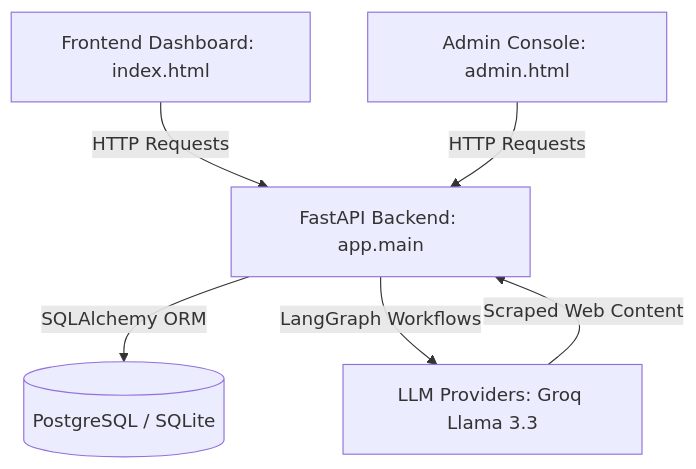
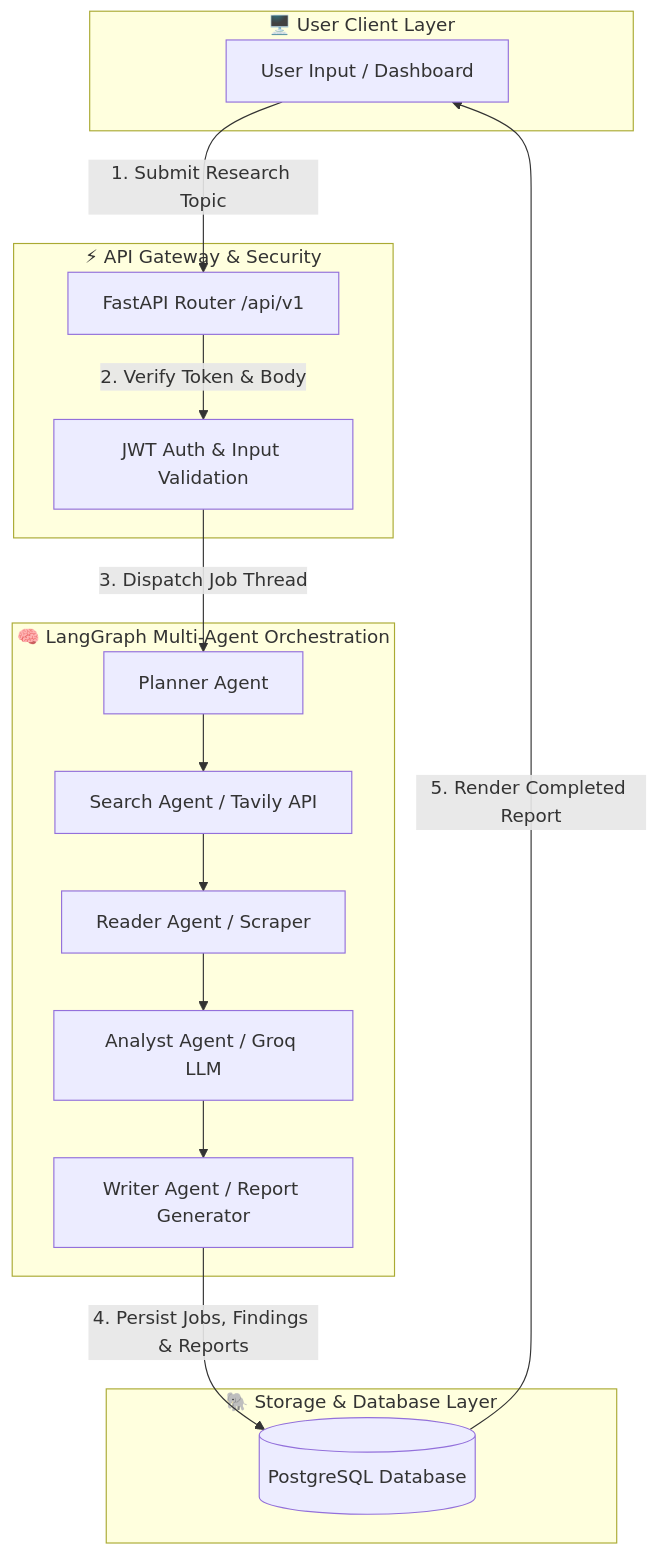
One commit to saimhaske36/autonomous-research-agent changed the diagram in README.md. Above: the diagram before and after it, drawn with Mermaid. The commit also changed other lines of this file, not shown here.

Commit message:
Update README.md with enhanced architecture flowchart and clean environment configuration

````diff
--- a/README.md
+++ b/README.md
@@ -43,8 +49,28 @@
 ```mermaid
-graph TD
-    A[Frontend Dashboard: index.html] -->|HTTP Requests| B[FastAPI Backend: app.main]
-    C[Admin Console: admin.html] -->|HTTP Requests| B
-    B -->|SQLAlchemy ORM| D[(PostgreSQL / SQLite)]
-    B -->|LangGraph Workflows| E[LLM Providers: Groq Llama 3.3]
-    E -->|Scraped Web Content| B
+flowchart TD
+    subgraph Client ["🖥️ User Client Layer"]
+        A[User Input / Dashboard]
+    end
+
+    subgraph API ["⚡ API Gateway & Security"]
+        B[FastAPI Router /api/v1]
+        C[JWT Auth & Input Validation]
+    end
+
+    subgraph Agents ["🧠 LangGraph Multi-Agent Orchestration"]
+        D[Planner Agent] --> E[Search Agent / Tavily API]
+        E --> F[Reader Agent / Scraper]
+        F --> G[Analyst Agent / Groq LLM]
+        G --> H[Writer Agent / Report Generator]
+    end
+
+    subgraph Data ["🐘 Storage & Database Layer"]
+        I[(PostgreSQL Database)]
+    end
+
+    A -->|1. Submit Research Topic| B
+    B -->|2. Verify Token & Body| C
+    C -->|3. Dispatch Job Thread| D
+    H -->|4. Persist Jobs, Findings & Reports| I
+    I -->|5. Render Completed Report| A
 ```
````
